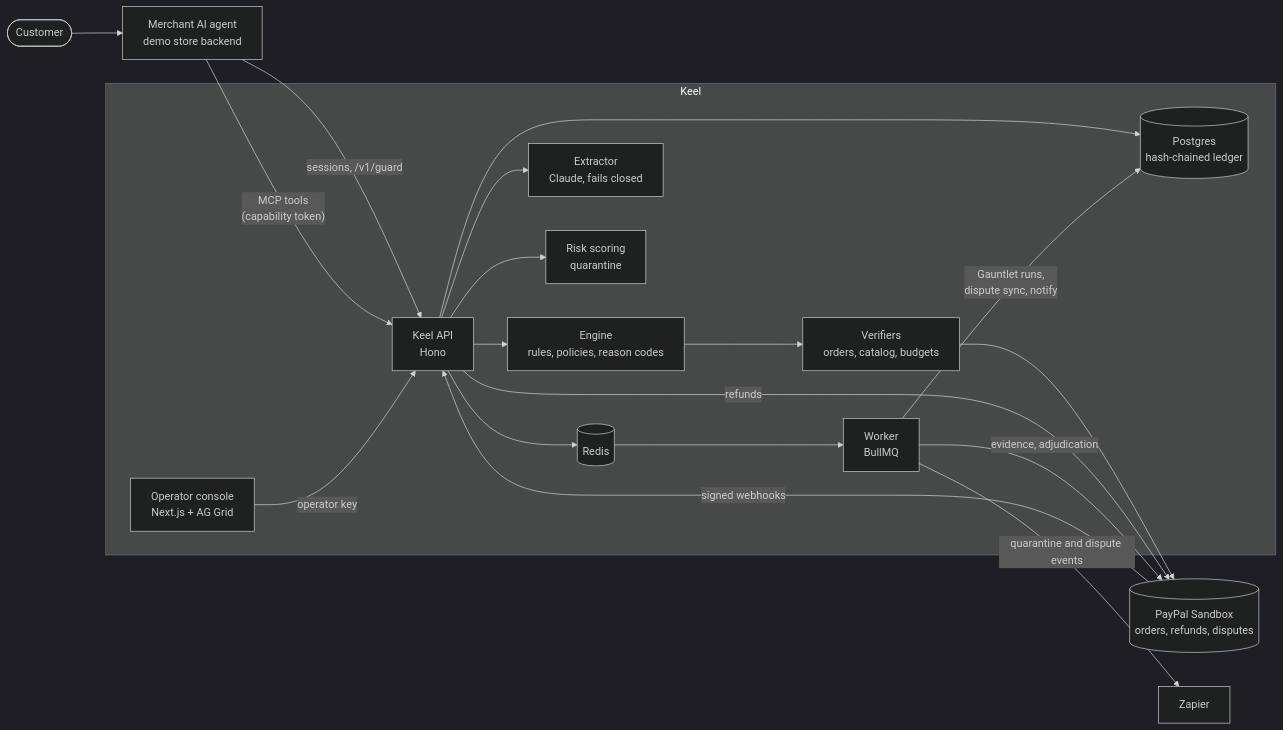
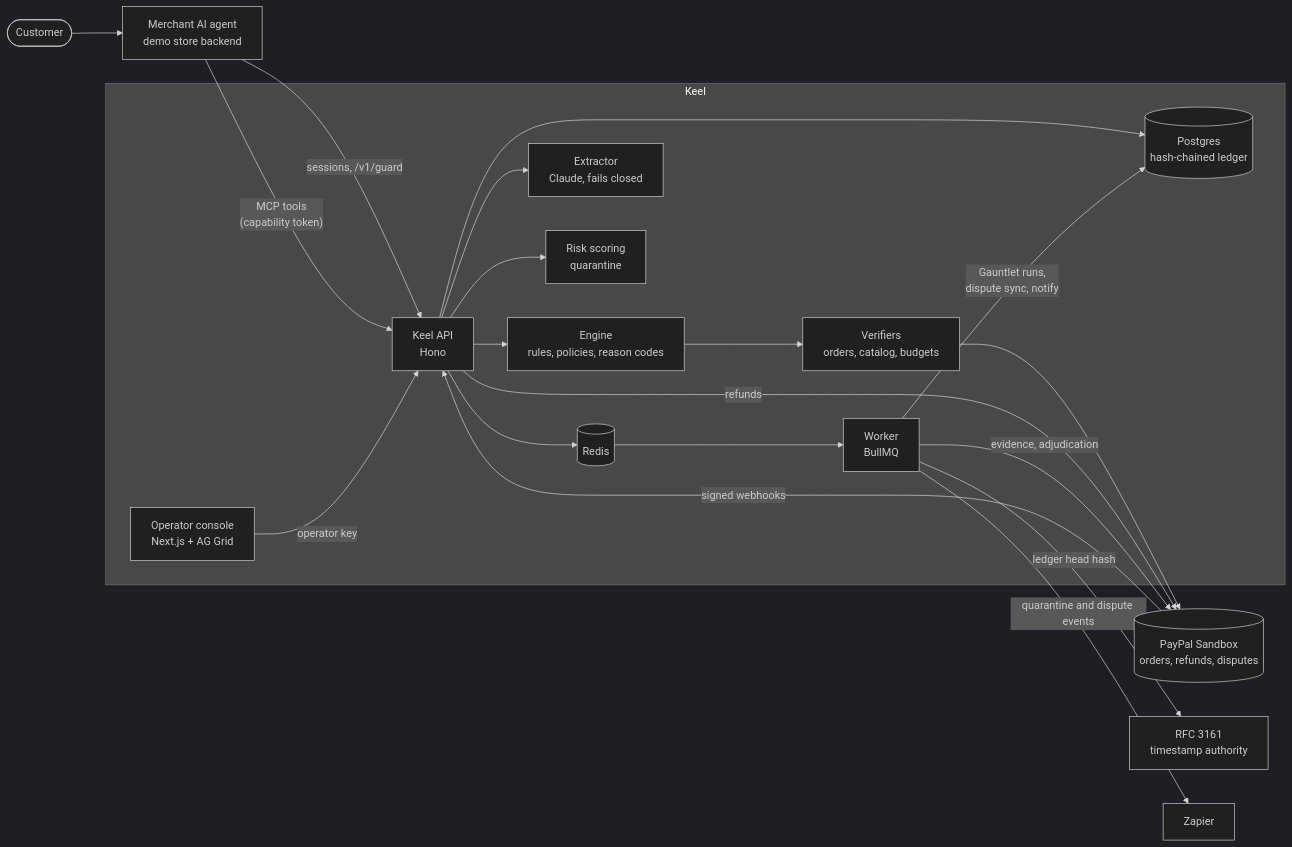
Before and after one commit to sujith-kamme/keel: the diagram in README.md, drawn with Mermaid (dark theme). The commit also changed other lines of this file and 4 other files, not shown here.

Commit message:
docs: overhaul README with architecture details, badges, and visual assets

````diff
--- a/README.md
+++ b/README.md
@@ -30,31 +135,32 @@
 ```mermaid
 flowchart LR
   customer([Customer]) --> agent[Merchant AI agent<br/>demo store backend]
   agent -- "sessions, /v1/guard" --> api
   agent -- "MCP tools<br/>(capability token)" --> api
   subgraph keel[Keel]
     api[Keel API<br/>Hono]
     engine[Engine<br/>rules, policies, reason codes]
     verifiers[Verifiers<br/>orders, catalog, budgets]
     extractor[Extractor<br/>Claude, fails closed]
     risk[Risk scoring<br/>quarantine]
     worker[Worker<br/>BullMQ]
     db[(Postgres<br/>hash-chained ledger)]
     redis[(Redis)]
     console[Operator console<br/>Next.js + AG Grid]
   end
   api --> engine
   engine --> verifiers
   api --> extractor
   api --> risk
   api --> db
   api --> redis
   redis --> worker
   worker -- "Gauntlet runs,<br/>dispute sync, notify" --> db
   verifiers --> paypal[(PayPal Sandbox<br/>orders, refunds, disputes)]
   api -- refunds --> paypal
   worker -- evidence, adjudication --> paypal
+  worker -- "ledger head hash" --> tsa[RFC 3161<br/>timestamp authority]
   paypal -- signed webhooks --> api
   console -- operator key --> api
   worker -- quarantine and dispute events --> zapier[Zapier]
 ```
````
